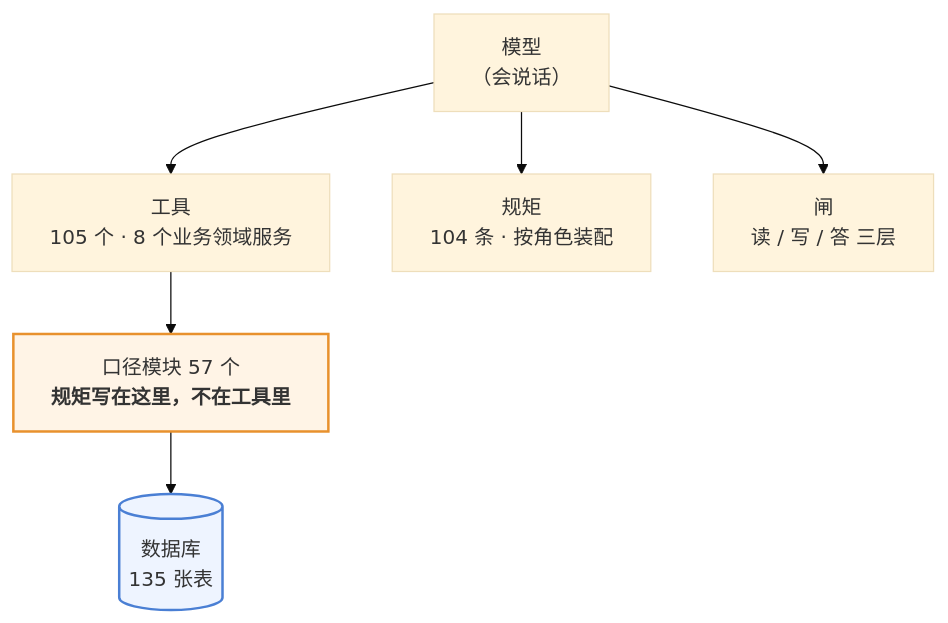
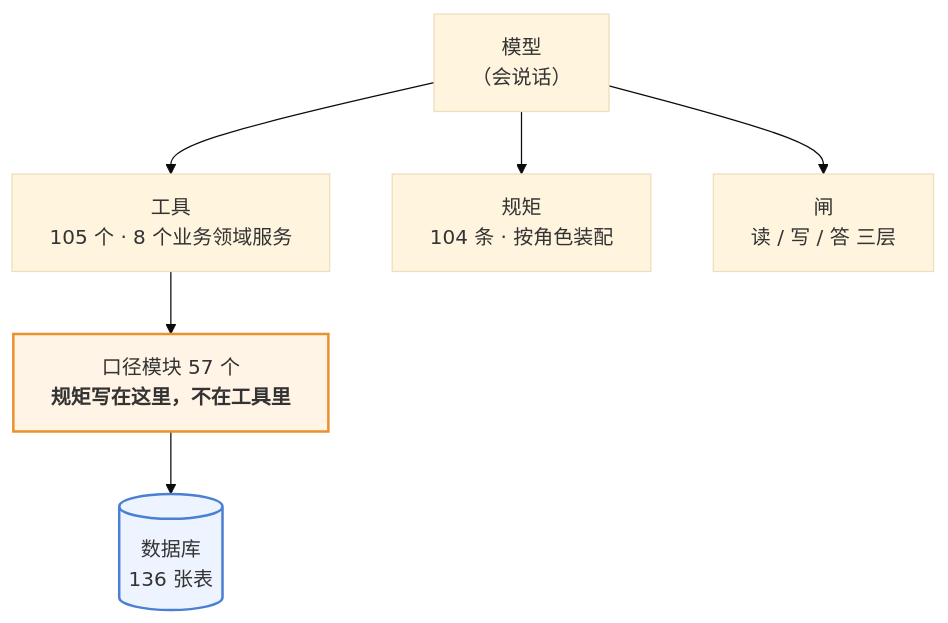
Before and after one commit to 843773296-rgb/lanxiu-yunshang-agent: the first of 3 diagrams in 澜绣云裳agent-产品说明.md, drawn with Mermaid (base theme). The commit also changed other lines of this file and 14 other files, not shown here.

First line of the commit message:
迁移机制第一步(用户 11-14 清单第四条):schema_version + 按编号迁移 + 散落 ALTER TABLE 棘轮

````diff
--- a/澜绣云裳agent-产品说明.md
+++ b/澜绣云裳agent-产品说明.md
@@ -62,12 +62,12 @@
 ```mermaid
 flowchart TD
     M["模型<br/>（会说话）"]
     M --> T["工具<br/>105 个 · 8 个业务领域服务"]
     M --> R["规矩<br/>104 条 · 按角色装配"]
     M --> G["闸<br/>读 / 写 / 答 三层"]
     T --> K["口径模块 57 个<br/><b>规矩写在这里，不在工具里</b>"]
-    K --> DB[("数据库<br/>135 张表")]
+    K --> DB[("数据库<br/>136 张表")]
 
     style K fill:#fff4e6,stroke:#e8912d,stroke-width:2px
     style DB fill:#eef4ff,stroke:#4a7fd4,stroke-width:2px
 ```
````
